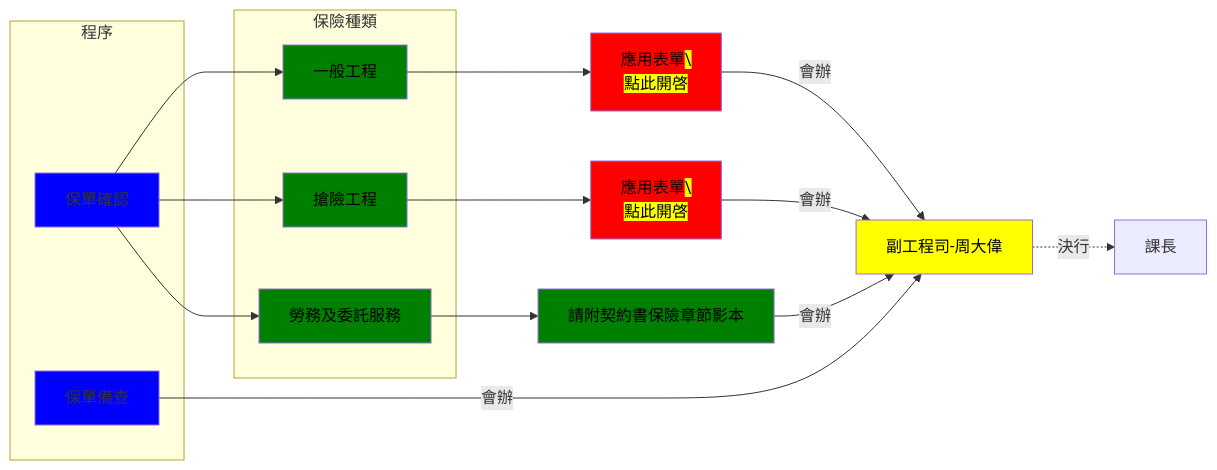
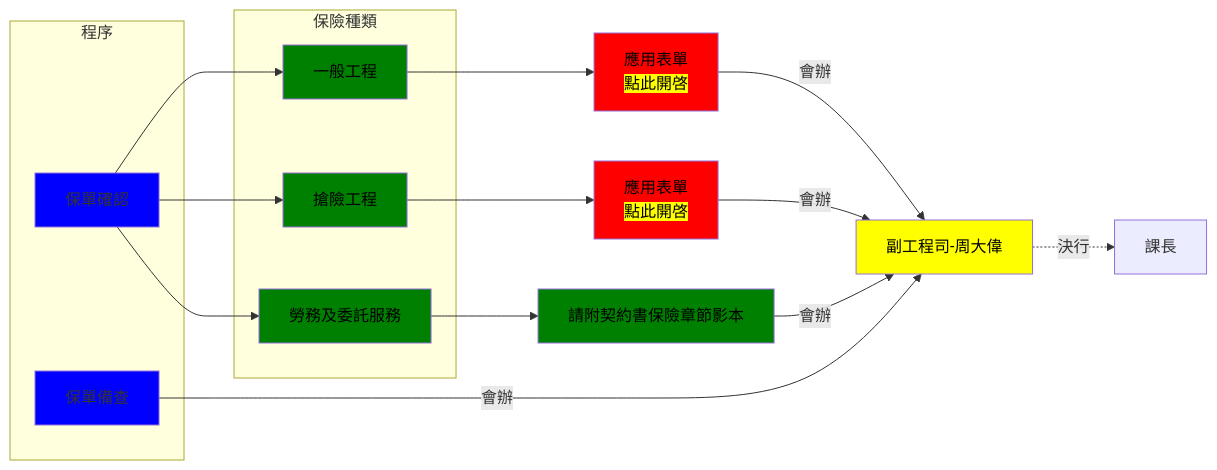
One commit to uncommon0218/mydigitalgarden changed the diagram in src/site/notes/publish/廠商承攬工程注意事項.md. Above: the diagram before and after it, drawn with Mermaid.

Commit message:
Update content src/site/notes/publish/廠商承攬工程注意事項.md

````diff
--- a/src/site/notes/publish/廠商承攬工程注意事項.md
+++ b/src/site/notes/publish/廠商承攬工程注意事項.md
@@ -20,54 +20,54 @@
 ```mermaid
 flowchart LR
     A[保單確認]
 		style A fill:blue
 		B1[一般工程]
 		style B1 fill:green,color:black
 		B2[搶險工程]
 		style B2 fill:green,color:black
 		B3[勞務及委託服務]
 		style B3 fill:green,color:black
-		C1[應用表單<mark>\\n點此開啓</mark>]
+		C1[應用表單<mark>\n點此開啓</mark>]
 		style C1 fill:red,color:black
-		C2[應用表單<mark>\\n點此開啓</mark>]
+		C2[應用表單<mark>\n點此開啓</mark>]
 		style C2 fill:red,color:black
 		C3[請附契約書保險章節影本]
 		style C3 fill:green,color:black
 		P1[副工程司-周大偉]
 		style P1 fill:yellow,color:black
 		H[課長]
 
 		A --> B1
 		A --> B2
 		A --> B3
 		B1 --> C1
 		B2 --> C2
 		B3 --> C3
 		C1 -- 會辦 --> P1
 		C2 -- 會辦 --> P1
 		C3 -- 會辦 --> P1
 		P1 -. 決行 .-> H
 
 		click C1 "https://docs.google.com/spreadsheets/d/13PEjfIWJP7MTxvoCcmrPBfIPf7EQOJ582XAtNwRB0HE/edit#gid=1804194594"
 		click C2 "https://docs.google.com/spreadsheets/d/13PEjfIWJP7MTxvoCcmrPBfIPf7EQOJ582XAtNwRB0HE/edit#gid=60031382"
 
 %%-------------------------
 
     D[保單備查]
 		style D fill:blue
 
 		D -- 會辦 --> P1
 
 %%-------------------------
 
 		subgraph 程序
 		A
 		D
 		end
 
 		subgraph 保險種類
 		B1
 		B2
 		B3
 		end
 ```
````
